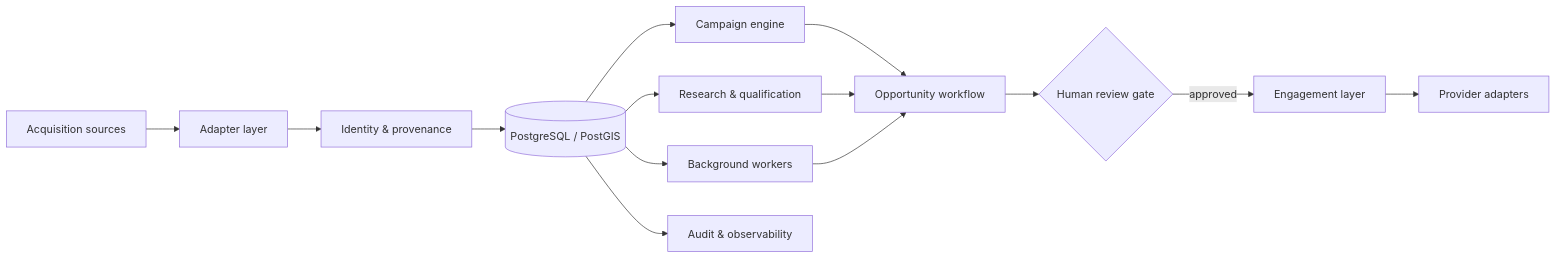
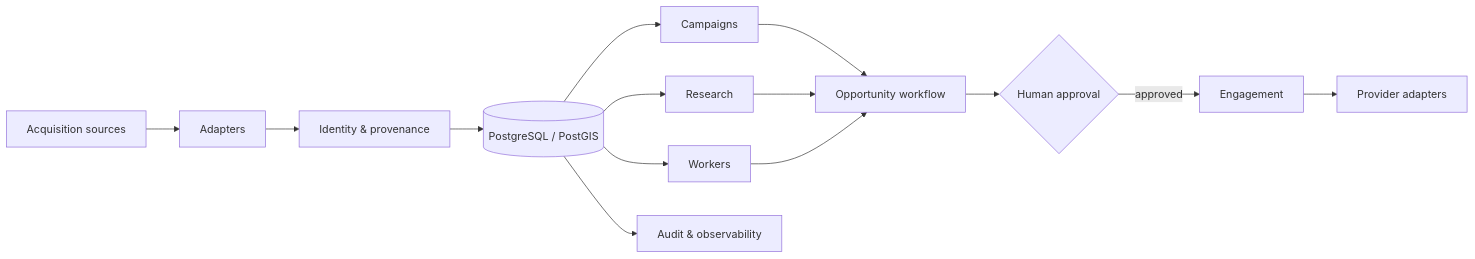
Before and after one commit to andrecsmenezes/andrecsmenezes: the diagram in case-studies/captador-de-leads.md, drawn with Mermaid. The commit also changed other lines of this file, not shown here.

Commit message:
rewrite: make case-studies/captador-de-leads.md direct and human

````diff
--- a/case-studies/captador-de-leads.md
+++ b/case-studies/captador-de-leads.md
@@ -13,16 +15,16 @@
 ```mermaid
 flowchart LR
-    S[Acquisition sources] --> A[Adapter layer]
+    S[Acquisition sources] --> A[Adapters]
     A --> I[Identity & provenance]
     I --> DB[(PostgreSQL / PostGIS)]
-    DB --> C[Campaign engine]
-    DB --> R[Research & qualification]
+    DB --> C[Campaigns]
+    DB --> R[Research]
     C --> O[Opportunity workflow]
     R --> O
-    O --> H{Human review gate}
-    H -->|approved| E[Engagement layer]
+    O --> H{Human approval}
+    H -->|approved| E[Engagement]
     E --> P[Provider adapters]
-    DB --> W[Background workers]
+    DB --> W[Workers]
     W --> O
     DB --> OBS[Audit & observability]
 ```
````
